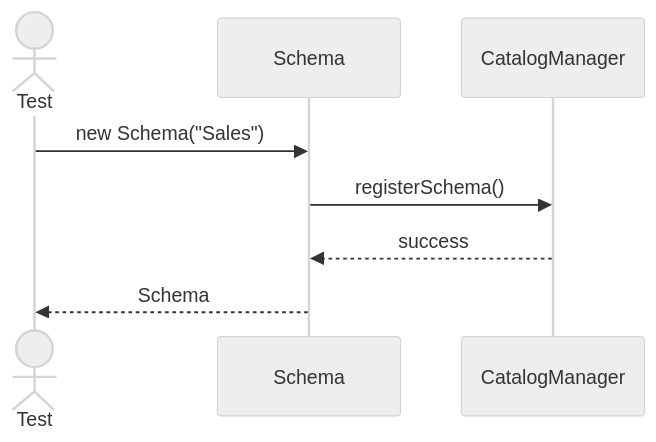
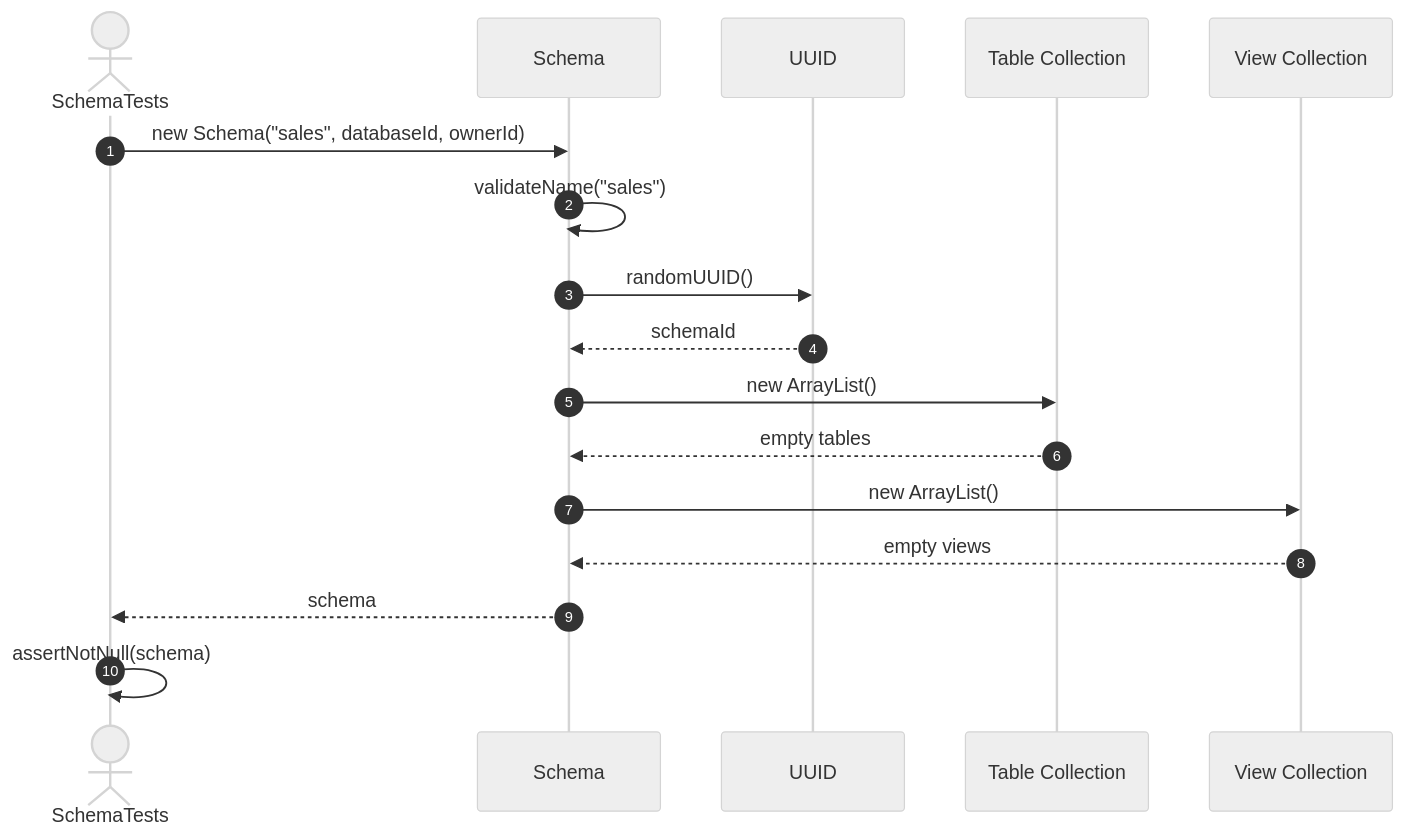
One commit to FhuAnn/-bbv-AN-s-DBMS changed the first of 15 diagrams in src/tests/unit/metadata/sequences/schemas-testing-sequences.md. Above: the diagram before and after it, drawn with Mermaid (neutral theme). The commit also changed other lines of this file and 60 other files, not shown here.

Commit message:
refactor data table, row, column, constraint, index test file

````diff
--- a/src/tests/unit/metadata/sequences/schemas-testing-sequences.md
+++ b/src/tests/unit/metadata/sequences/schemas-testing-sequences.md
@@ -7,14 +5,21 @@
 ```mermaid
 sequenceDiagram
-actor Test
-participant Schema
-participant CatalogManager
+    autonumber
+    actor Test as SchemaTests
+    participant Schema as Schema
+    participant UUID as UUID
+    participant Tables as Table Collection
+    participant Views as View Collection
 
-Test->>Schema: new Schema("Sales")
+    Test->>Schema: new Schema("sales", databaseId, ownerId)
+    Schema->>Schema: validateName("sales")
+    Schema->>UUID: randomUUID()
+    UUID-->>Schema: schemaId
+    Schema->>Tables: new ArrayList()
+    Tables-->>Schema: empty tables
+    Schema->>Views: new ArrayList()
+    Views-->>Schema: empty views
+    Schema-->>Test: schema
 
-Schema->>CatalogManager: registerSchema()
-
-CatalogManager-->>Schema: success
-
-Schema-->>Test: Schema
+    Test->>Test: assertNotNull(schema)
 ```
````
